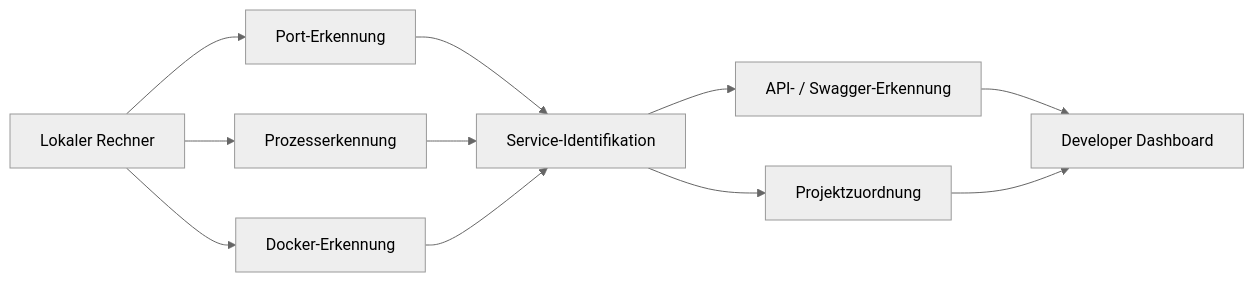
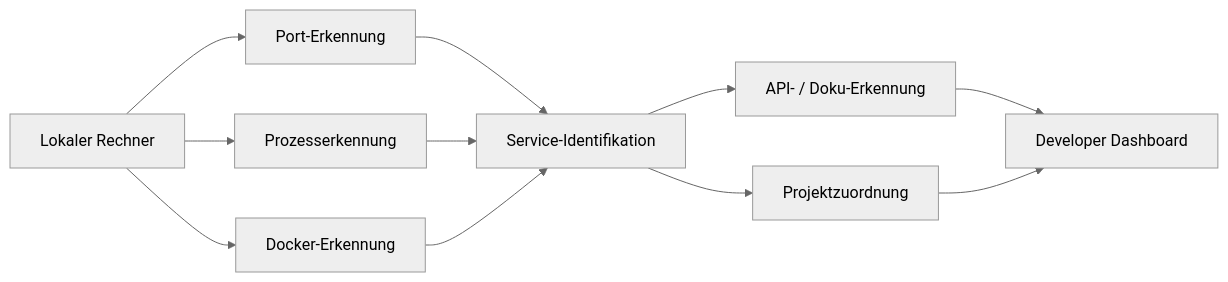
One commit to tahakubilay/LokalHub changed the diagram in README.de.md. Above: the diagram before and after it, drawn with Mermaid (neutral theme). The commit also changed other lines of this file, not shown here.

````diff
--- a/README.de.md
+++ b/README.de.md
@@ -99,16 +52,16 @@
 ```mermaid
 flowchart LR
     HOST[Lokaler Rechner] --> PORTS[Port-Erkennung]
     HOST --> PROC[Prozesserkennung]
     HOST --> DOCKER[Docker-Erkennung]
 
     PORTS --> MATCH[Service-Identifikation]
     PROC --> MATCH
     DOCKER --> MATCH
 
-    MATCH --> API[API- / Swagger-Erkennung]
+    MATCH --> API[API- / Doku-Erkennung]
     MATCH --> PROJECTS[Projektzuordnung]
 
     API --> DASH[Developer Dashboard]
     PROJECTS --> DASH
 ```
````
